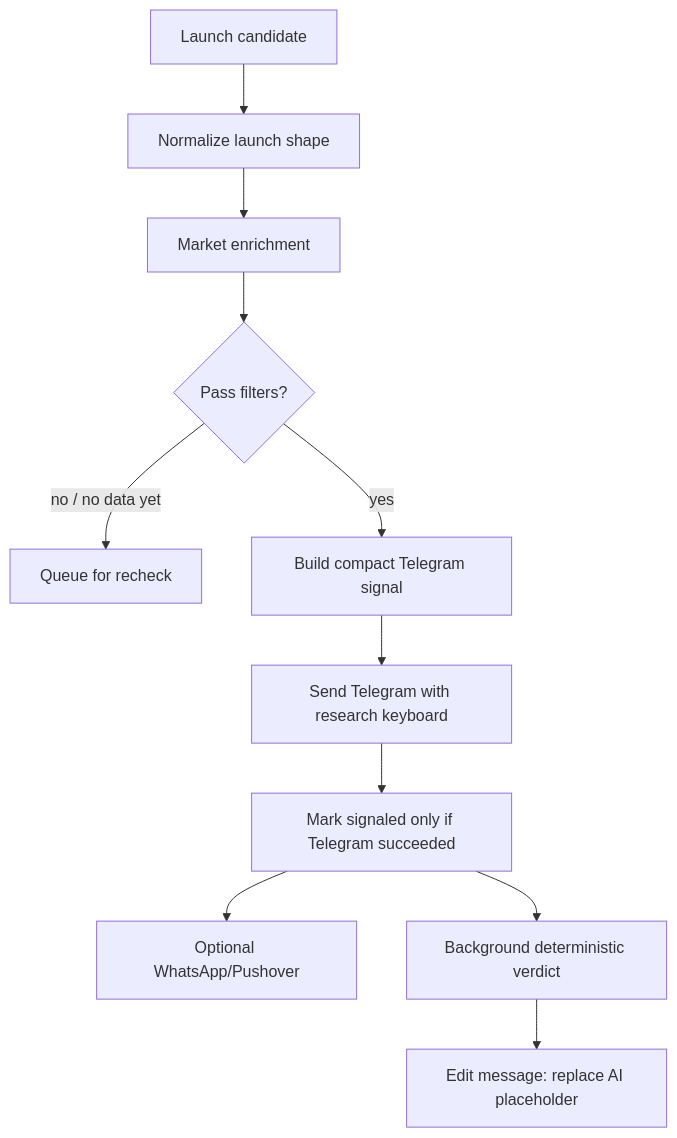
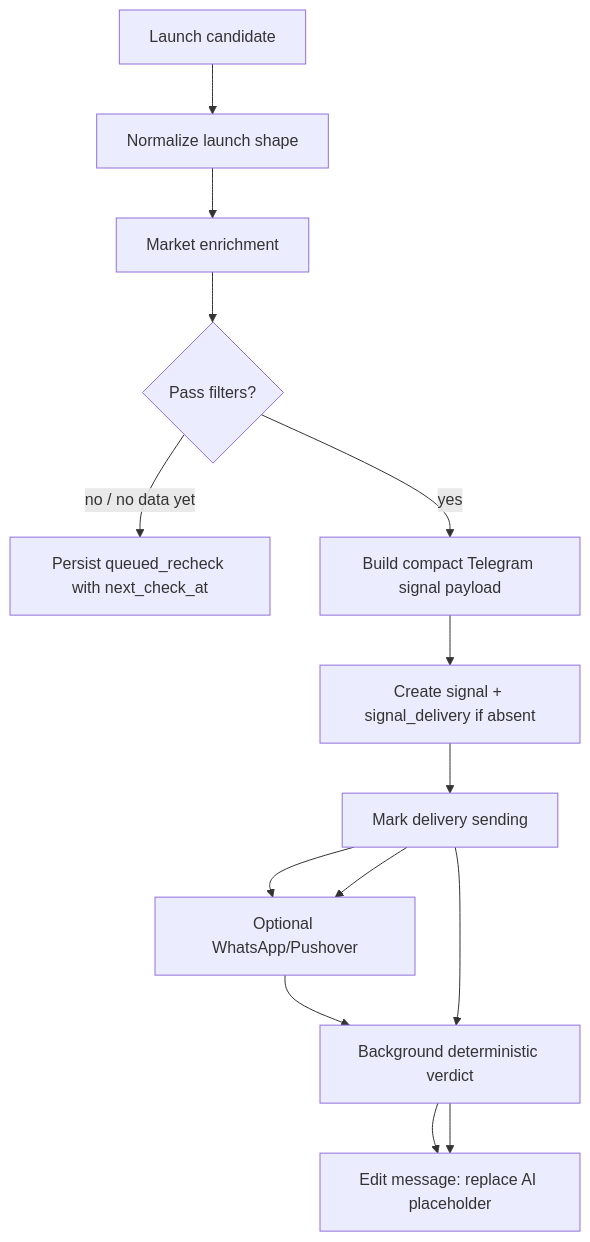
Before and after one commit to antiyapper87-sudo/bankr-Xlaunches-alerts: the second of 2 diagrams in architecture.md, drawn with Mermaid. The commit also changed other lines of this file and 19 other files, not shown here.

````diff
--- a/architecture.md
+++ b/architecture.md
@@ -363,13 +434,16 @@
 ```mermaid
 flowchart TD
     A["Launch candidate"] --> B["Normalize launch shape"]
     B --> C["Market enrichment"]
     C --> D{"Pass filters?"}
-    D -- "no / no data yet" --> E["Queue for recheck"]
-    D -- "yes" --> F["Build compact Telegram signal"]
-    F --> G["Send Telegram with research keyboard"]
-    G --> H["Mark signaled only if Telegram succeeded"]
+    D -- "no / no data yet" --> E["Persist queued_recheck with next_check_at"]
+    D -- "yes" --> F["Build compact Telegram signal payload"]
+    F --> G["Create signal + signal_delivery if absent"]
+    G --> H["Mark delivery sending"]
+    H --> I["Send Telegram with research keyboard"]
+    I --> J["Mark delivered with message_id or retry"]
+    J --> K["Mark launch signaled only if Telegram succeeded"]
     H --> I["Optional WhatsApp/Pushover"]
     H --> J["Background deterministic verdict"]
     J --> K["Edit message: replace AI placeholder"]
 ```
````
